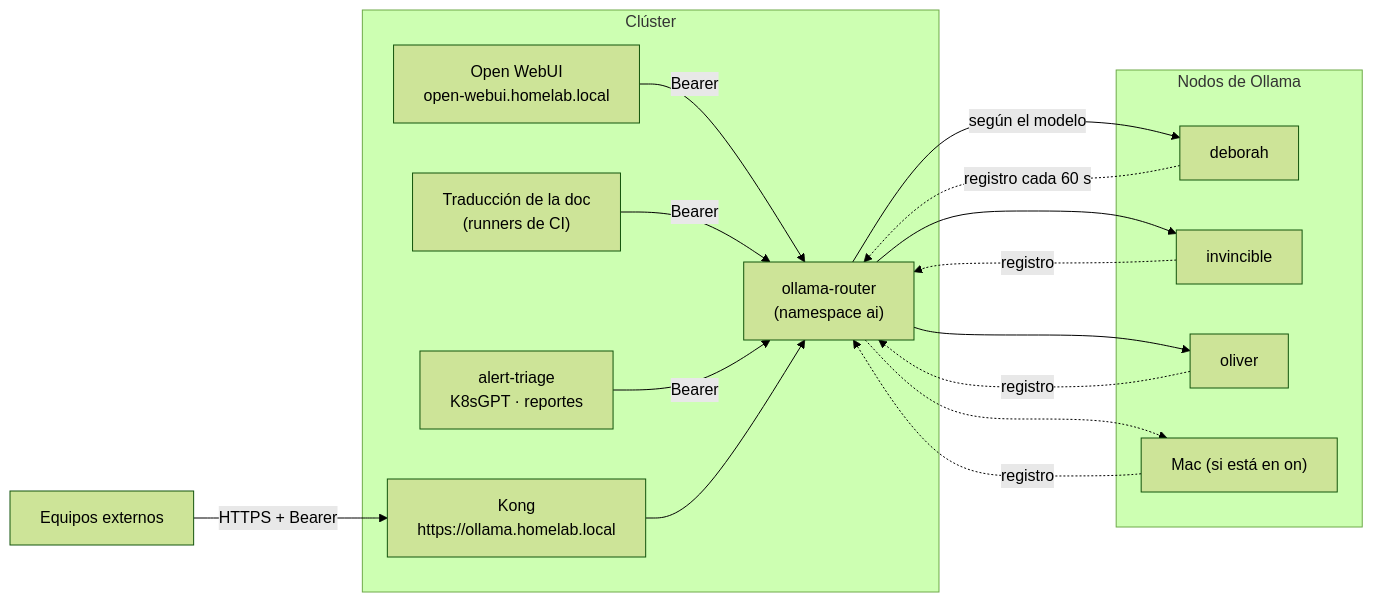
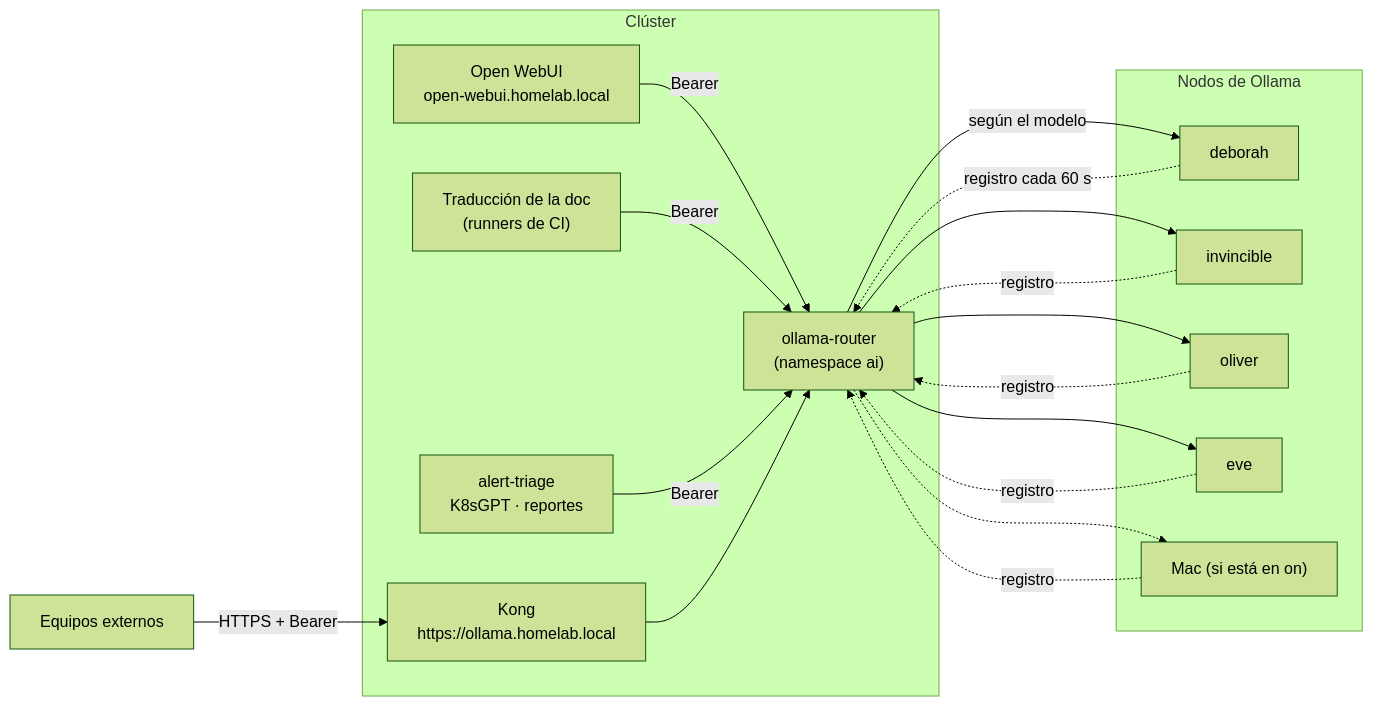
One commit to maceosoft/homelab changed the diagram in docs/operacion/ia-ollama.md. Above: the diagram before and after it, drawn with Mermaid (forest theme). The commit also changed other lines of this file and 6 other files, not shown here.

````diff
--- a/docs/operacion/ia-ollama.md
+++ b/docs/operacion/ia-ollama.md
@@ -65,28 +65,31 @@
 ```mermaid
 flowchart LR
     subgraph Cluster["Clúster"]
         OW["Open WebUI<br/>open-webui.homelab.local"]
         TR["Traducción de la doc<br/>(runners de CI)"]
         AL["alert-triage<br/>K8sGPT · reportes"]
         K["Kong<br/>https://ollama.homelab.local"]
         R["ollama-router<br/>(namespace ai)"]
     end
     subgraph Nodos["Nodos de Ollama"]
         D["deborah"]
         I["invincible"]
         O["oliver"]
+        E["eve"]
         M["Mac (si está en on)"]
     end
     OW -->|"Bearer"| R
     TR -->|"Bearer"| R
     AL -->|"Bearer"| R
     EXT["Equipos externos"] -->|"HTTPS + Bearer"| K --> R
     R -->|"según el modelo"| D
     R --> I
     R --> O
+    R --> E
     R -.-> M
     D -. "registro cada 60 s" .-> R
     I -. "registro" .-> R
     O -. "registro" .-> R
+    E -. "registro" .-> R
     M -. "registro" .-> R
 ```
````
